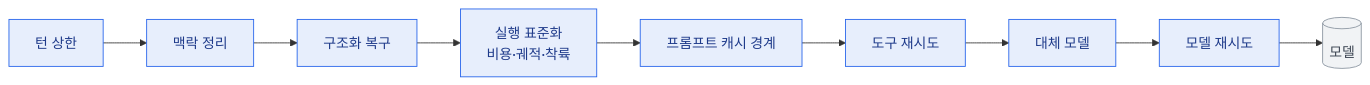
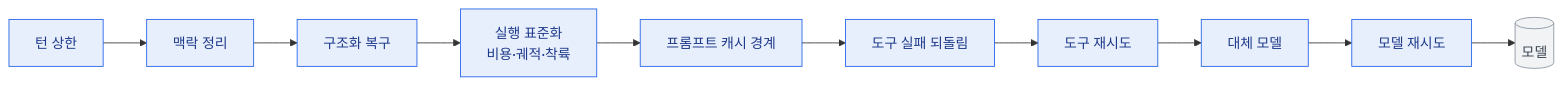
One commit to agent-tracer/tracer-agent-python changed the ninth of 13 diagrams in ARCHITECTURE.md. Above: the diagram before and after it, drawn with Mermaid. The commit also changed other lines of this file and 3 other files, not shown here.

````diff
--- a/ARCHITECTURE.md
+++ b/ARCHITECTURE.md
@@ -237,14 +243,15 @@
 ```mermaid
 flowchart LR
     classDef code fill:#E7EEFC,stroke:#2563EB,color:#1E3A8A
     classDef ext fill:#F1F3F5,stroke:#8B95A1,color:#3D4653
 
     L1["턴 상한"]:::code --> L2["맥락 정리"]:::code
     L2 --> L3["구조화 복구"]:::code
     L3 --> L4["실행 표준화<br/>비용·궤적·착륙"]:::code
     L4 --> L5["프롬프트 캐시 경계"]:::code
-    L5 --> L6["도구 재시도"]:::code
-    L6 --> L7["대체 모델"]:::code
-    L7 --> L8["모델 재시도"]:::code
-    L8 --> M[("모델")]:::ext
+    L5 --> L6["도구 실패 되돌림"]:::code
+    L6 --> L7["도구 재시도"]:::code
+    L7 --> L8["대체 모델"]:::code
+    L8 --> L9["모델 재시도"]:::code
+    L9 --> M[("모델")]:::ext
 ```
````
